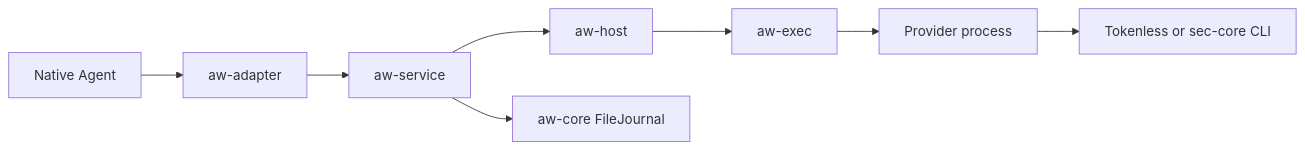
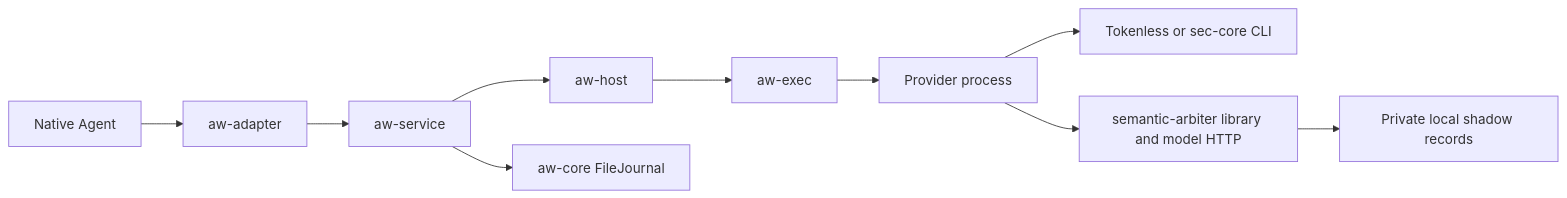
The diagram in src/aw/docs/design/en/README.md (agentic-os-org/ANOLISA), drawn with Mermaid before and after one commit. The commit also changed other lines of this file and 30 other files, not shown here.

First line of the commit message:
feat(aw): add semantic arbiter provider

````diff
--- a/src/aw/docs/design/en/README.md
+++ b/src/aw/docs/design/en/README.md
@@ -16,10 +16,12 @@
 ```mermaid
 flowchart LR
     Agent[Native Agent] --> Adapter[aw-adapter]
     Adapter --> Service[aw-service]
     Service --> Host[aw-host]
     Host --> Exec[aw-exec]
     Exec --> Provider[Provider process]
     Provider --> Backend[Tokenless or sec-core CLI]
+    Provider --> Semantic[semantic-arbiter library and model HTTP]
+    Semantic --> Records[Private local shadow records]
     Service --> Journal[aw-core FileJournal]
 ```
````
